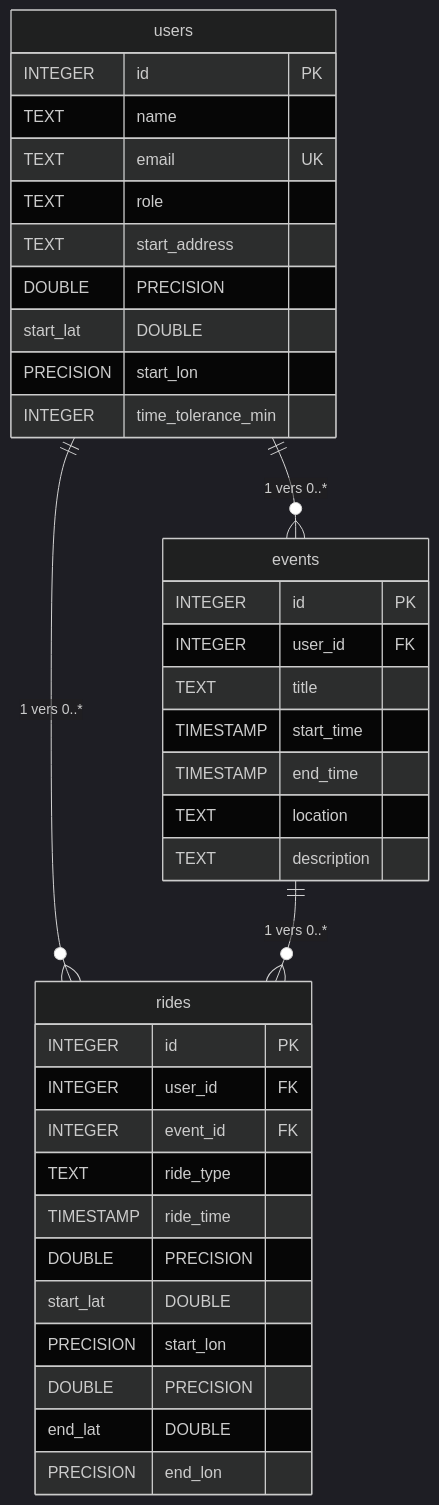
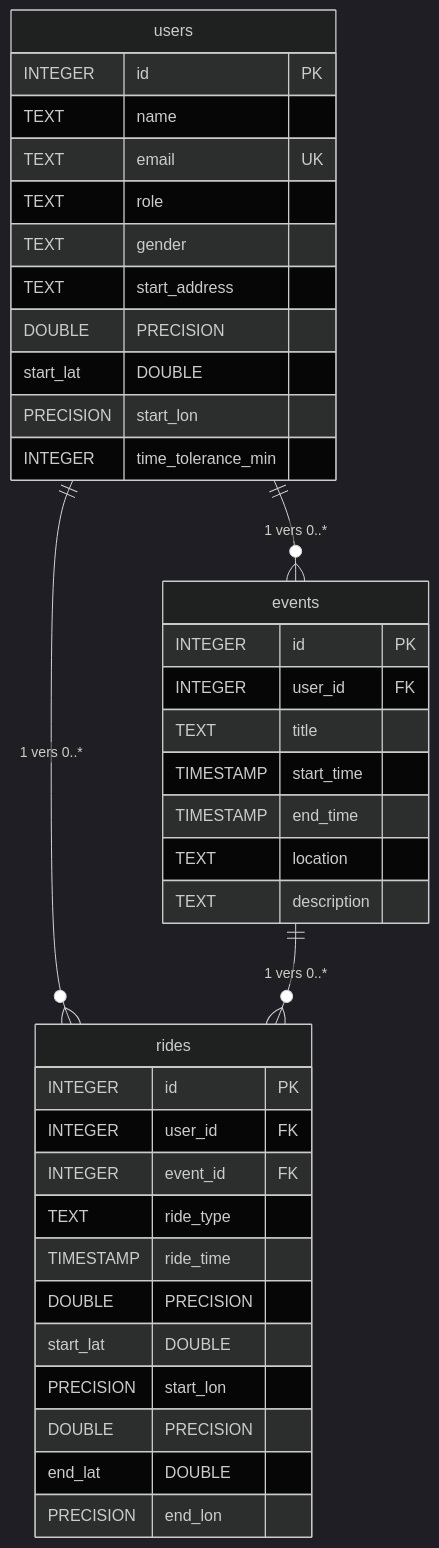
Before and after one commit to NaelFares/CNAM-I2-Project: the diagram in doc/DATABASE_SCHEMA.md, drawn with Mermaid (dark theme). The commit also changed other lines of this file and 10 other files, not shown here.

````diff
--- a/doc/DATABASE_SCHEMA.md
+++ b/doc/DATABASE_SCHEMA.md
@@ -9,39 +9,40 @@
 ```mermaid
 erDiagram
     users ||--o{ events : "1 vers 0..*"
     users ||--o{ rides : "1 vers 0..*"
     events ||--o{ rides : "1 vers 0..*"
 
     users {
         INTEGER id PK
         TEXT name
         TEXT email UK
         TEXT role
+        TEXT gender
         TEXT start_address
         DOUBLE PRECISION start_lat
         DOUBLE PRECISION start_lon
         INTEGER time_tolerance_min
     }
 
     events {
         INTEGER id PK
         INTEGER user_id FK
         TEXT title
         TIMESTAMP start_time
         TIMESTAMP end_time
         TEXT location
         TEXT description
     }
 
     rides {
         INTEGER id PK
         INTEGER user_id FK
         INTEGER event_id FK
         TEXT ride_type
         TIMESTAMP ride_time
         DOUBLE PRECISION start_lat
         DOUBLE PRECISION start_lon
         DOUBLE PRECISION end_lat
         DOUBLE PRECISION end_lon
     }
 ```
````
